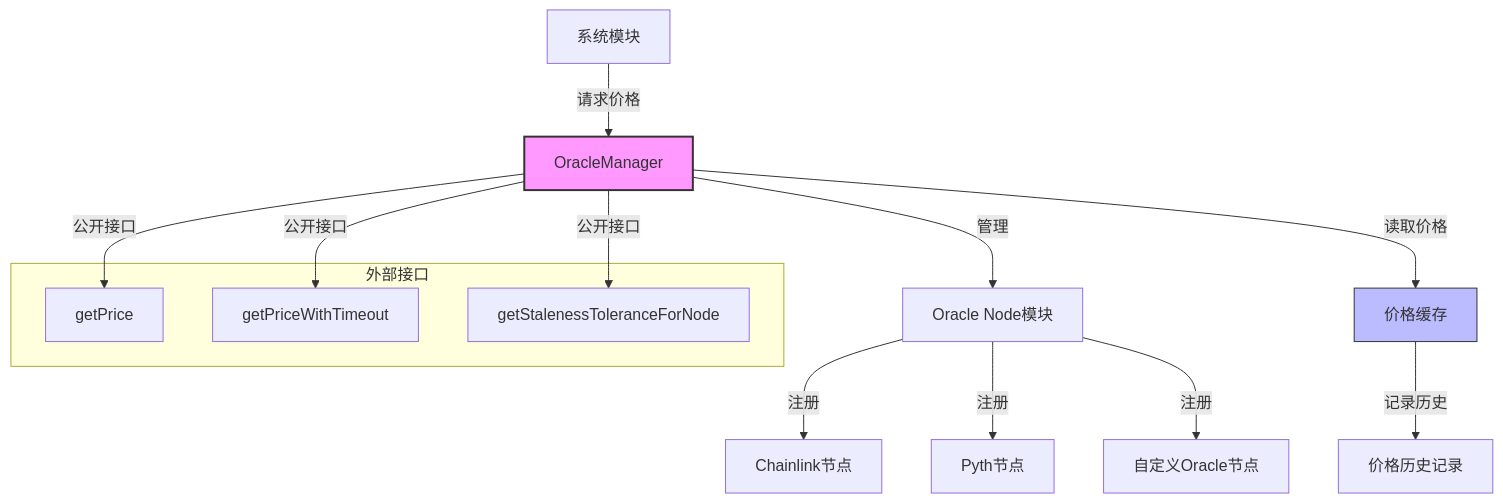
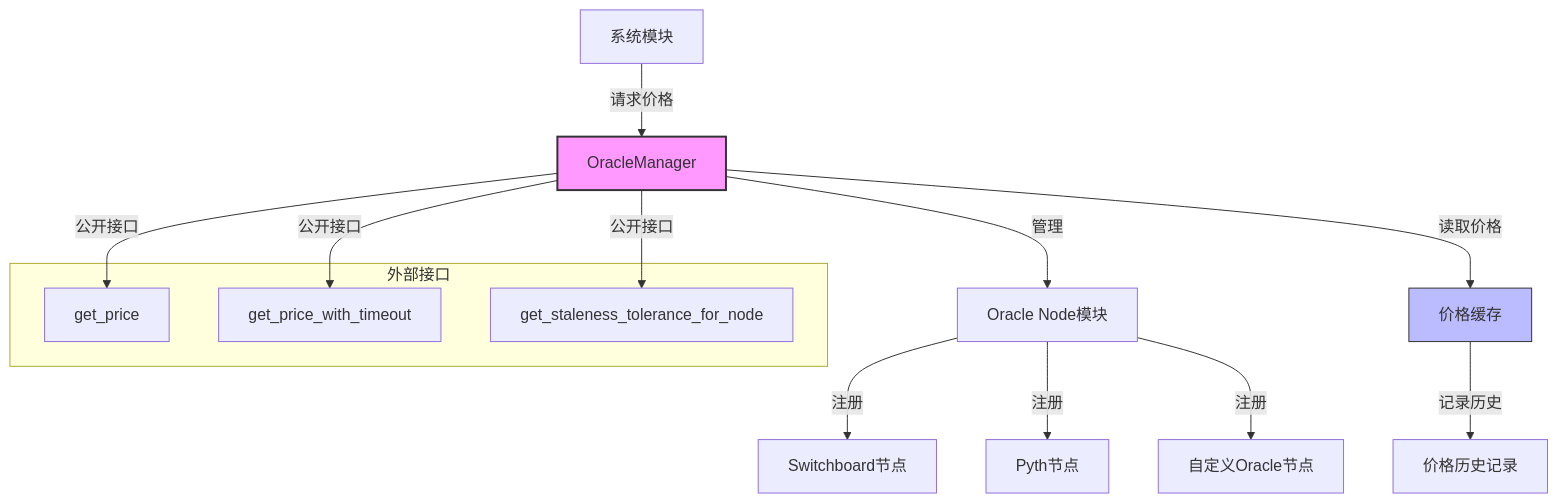
The second of 3 diagrams in app/architecturalanalysis/oracle/page.mdx (OlendDAO/TriplexDoc), drawn with Mermaid before and after one commit. The commit also changed other lines of this file and 8 other files, not shown here.

````diff
--- a/app/architecturalanalysis/oracle/page.mdx
+++ b/app/architecturalanalysis/oracle/page.mdx
@@ -93,25 +94,25 @@
 ```mermaid
 graph TD
     A[OracleManager] -->|管理| B[Oracle Node模块]
-    B -->|注册| C[Chainlink节点]
+    B -->|注册| C[Switchboard节点]
     B -->|注册| D[Pyth节点]
     B -->|注册| E[自定义Oracle节点]
     
     A -->|读取价格| F[价格缓存]
     F -->|记录历史| G[价格历史记录]
     
-    A -->|公开接口| H[getPrice]
-    A -->|公开接口| I[getPriceWithTimeout]
-    A -->|公开接口| J[getStalenessToleranceForNode]
+    A -->|公开接口| H[get_price]
+    A -->|公开接口| I[get_price_with_timeout]
+    A -->|公开接口| J[get_staleness_tolerance_for_node]
     
     subgraph 外部接口
         H
         I
         J
     end
     
     K[系统模块] -->|请求价格| A
     
     style A fill:#f9f,stroke:#333,stroke-width:2px
     style F fill:#bbf,stroke:#333,stroke-width:1px
 ```
````
